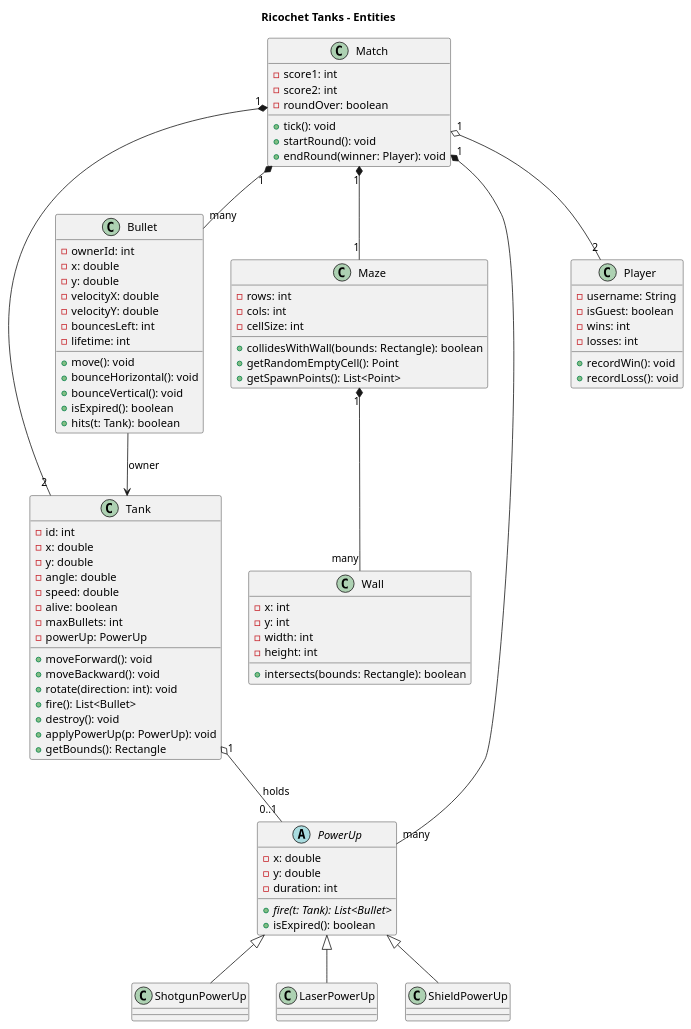
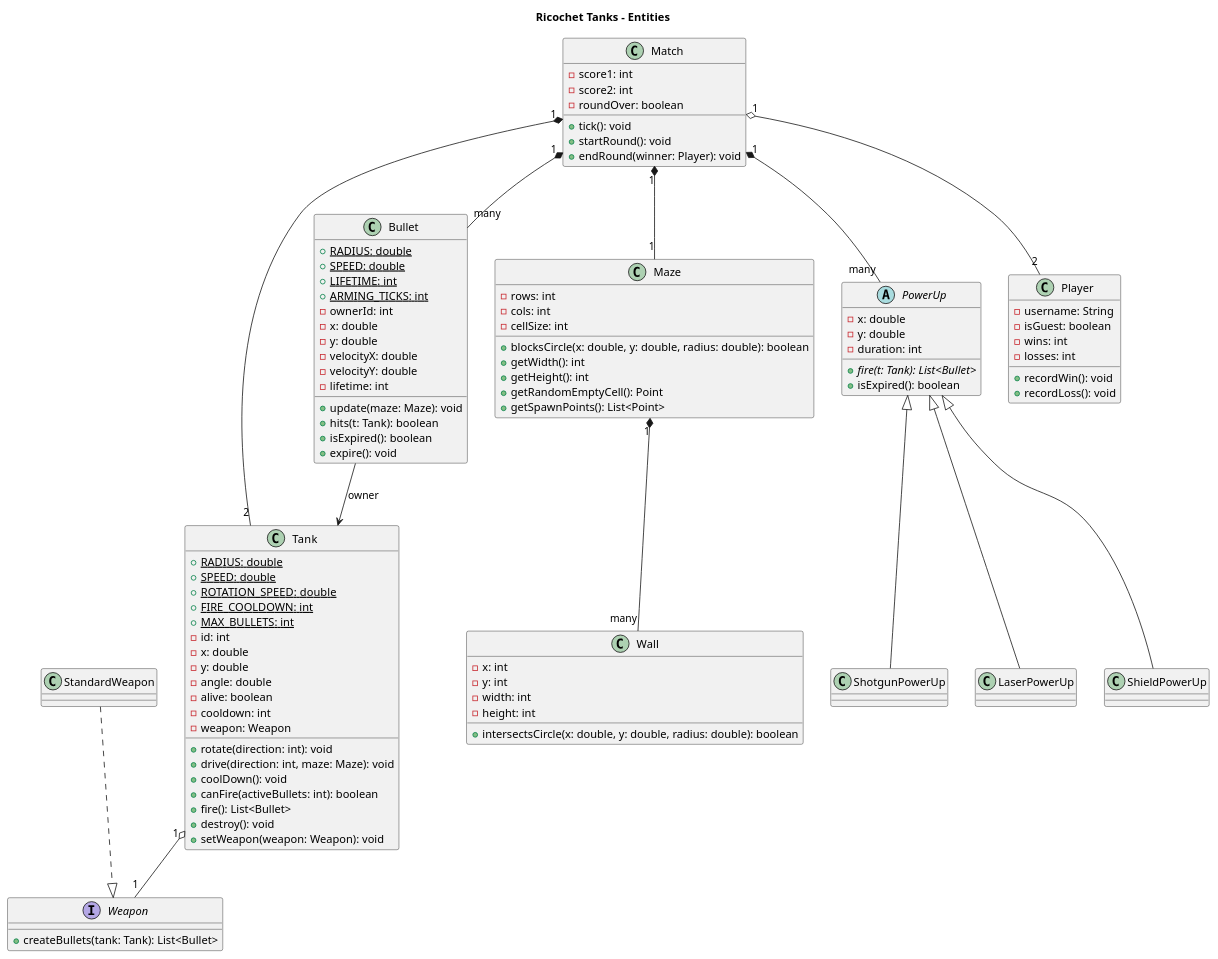
One commit to SIMBAT6/csc207-tank-game changed the diagram in docs/diagrams/entities.puml. Above: the diagram before and after it, drawn with PlantUML. The commit also changed 1 other file, not shown here.

Commit message:
Update README and entity diagram for UC3 entities

```diff
--- a/docs/diagrams/entities.puml
+++ b/docs/diagrams/entities.puml
@@ -1,97 +1,112 @@
 @startuml entities
 title Ricochet Tanks - Entities
 
 class Tank {
+  + {static} RADIUS: double
+  + {static} SPEED: double
+  + {static} ROTATION_SPEED: double
+  + {static} FIRE_COOLDOWN: int
+  + {static} MAX_BULLETS: int
   - id: int
   - x: double
   - y: double
   - angle: double
-  - speed: double
   - alive: boolean
-  - maxBullets: int
-  - powerUp: PowerUp
-  + moveForward(): void
-  + moveBackward(): void
+  - cooldown: int
+  - weapon: Weapon
   + rotate(direction: int): void
+  + drive(direction: int, maze: Maze): void
+  + coolDown(): void
+  + canFire(activeBullets: int): boolean
   + fire(): List<Bullet>
   + destroy(): void
-  + applyPowerUp(p: PowerUp): void
-  + getBounds(): Rectangle
+  + setWeapon(weapon: Weapon): void
 }
 
+interface Weapon {
+  + createBullets(tank: Tank): List<Bullet>
+}
+
+class StandardWeapon
+
 class Bullet {
+  + {static} RADIUS: double
+  + {static} SPEED: double
+  + {static} LIFETIME: int
+  + {static} ARMING_TICKS: int
   - ownerId: int
   - x: double
   - y: double
   - velocityX: double
   - velocityY: double
-  - bouncesLeft: int
   - lifetime: int
-  + move(): void
-  + bounceHorizontal(): void
-  + bounceVertical(): void
+  + update(maze: Maze): void
+  + hits(t: Tank): boolean
   + isExpired(): boolean
-  + hits(t: Tank): boolean
+  + expire(): void
 }
 
 class Maze {
   - rows: int
   - cols: int
   - cellSize: int
-  + collidesWithWall(bounds: Rectangle): boolean
+  + blocksCircle(x: double, y: double, radius: double): boolean
+  + getWidth(): int
+  + getHeight(): int
   + getRandomEmptyCell(): Point
   + getSpawnPoints(): List<Point>
 }
 
 class Wall {
   - x: int
   - y: int
   - width: int
   - height: int
-  + intersects(bounds: Rectangle): boolean
+  + intersectsCircle(x: double, y: double, radius: double): boolean
 }
 
 abstract class PowerUp {
   - x: double
   - y: double
   - duration: int
   + {abstract} fire(t: Tank): List<Bullet>
   + isExpired(): boolean
 }
 
 class ShotgunPowerUp
 class LaserPowerUp
 class ShieldPowerUp
 
 class Player {
   - username: String
   - isGuest: boolean
   - wins: int
   - losses: int
   + recordWin(): void
   + recordLoss(): void
 }
 
 class Match {
   - score1: int
   - score2: int
   - roundOver: boolean
   + tick(): void
   + startRound(): void
   + endRound(winner: Player): void
 }
 
 PowerUp <|-- ShotgunPowerUp
 PowerUp <|-- LaserPowerUp
 PowerUp <|-- ShieldPowerUp
 
 Maze "1" *-- "many" Wall
 Match "1" o-- "2" Player
 Match "1" *-- "2" Tank
 Match "1" *-- "1" Maze
 Match "1" *-- "many" Bullet
 Match "1" *-- "many" PowerUp
-Tank "1" o-- "0..1" PowerUp : holds
+Tank "1" o-- "1" Weapon
+StandardWeapon ..|> Weapon
 Bullet --> Tank : owner
 
 @enduml
```
